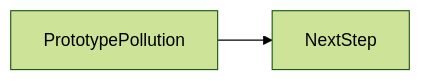
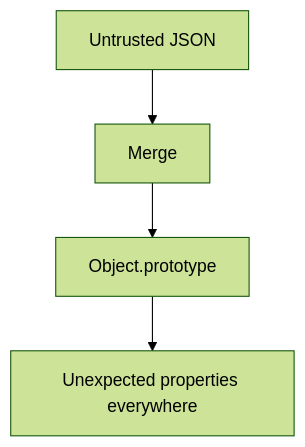
One commit to OmidJavaherii/Frontend-Engineering-Handbook changed the second of 2 diagrams in docs/en/17-security/prototype-pollution/index.md. Above: the diagram before and after it, drawn with Mermaid (forest theme). The commit also changed other lines of this file and 461 other files, not shown here.

````diff
--- a/docs/en/17-security/prototype-pollution/index.md
+++ b/docs/en/17-security/prototype-pollution/index.md
@@ -96,4 +116,6 @@
 ```mermaid
-flowchart LR
-  concept[PrototypePollution] --> nextStep[NextStep]
+flowchart TD
+  Input[Untrusted JSON] --> Merge
+  Merge --> Proto[Object.prototype]
+  Proto --> AppLogic[Unexpected properties everywhere]
 ```
````
